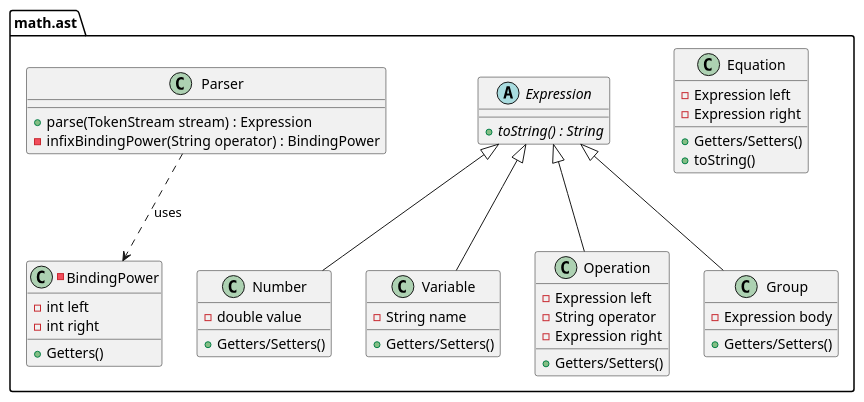
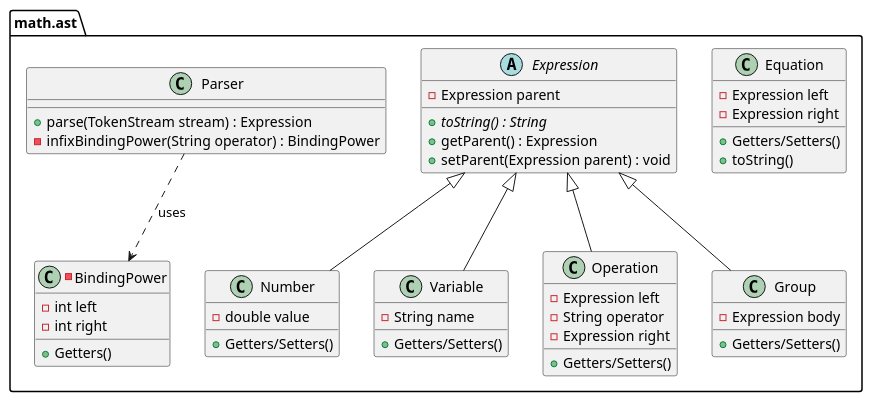
One commit to ichard26/runthenumbers changed the third of 5 diagrams in docs/math.md. Above: the diagram before and after it, drawn with PlantUML. The commit also changed other lines of this file and 8 other files, not shown here.

````diff
--- a/docs/math.md
+++ b/docs/math.md
@@ -275,58 +275,61 @@
 ```plantuml
 @startuml
 set separator none
 package math.ast {
   class Equation
   class Expression
   class Number
   class Variable
   class Operation
   class Group
   class BindingPower
   class Parser
 }
 
 class Equation {
   -Expression left
   -Expression right
   +Getters/Setters()
   +toString()
 }
 
 abstract class Expression {
     {abstract} +toString() : String
+    -Expression parent
+    +getParent() : Expression
+    +setParent(Expression parent) : void
 }
 class Number extends Expression {
     -double value
     +Getters/Setters()
 }
 class Variable extends Expression {
   -String name
   +Getters/Setters()
 }
 class Operation extends Expression {
     -Expression left
     -String operator
     -Expression right
     +Getters/Setters()
 }
 class Group extends Expression {
     -Expression body
     +Getters/Setters()
 }
 
 -class BindingPower {
     -int left
     -int right
     +Getters()
 } 
 
 class Parser {
     +parse(TokenStream stream) : Expression
     -infixBindingPower(String operator) : BindingPower
 }
 ' Parser::parse ..> Expression : returns
 Parser ..> BindingPower : uses
 
 @enduml
 ```
````
